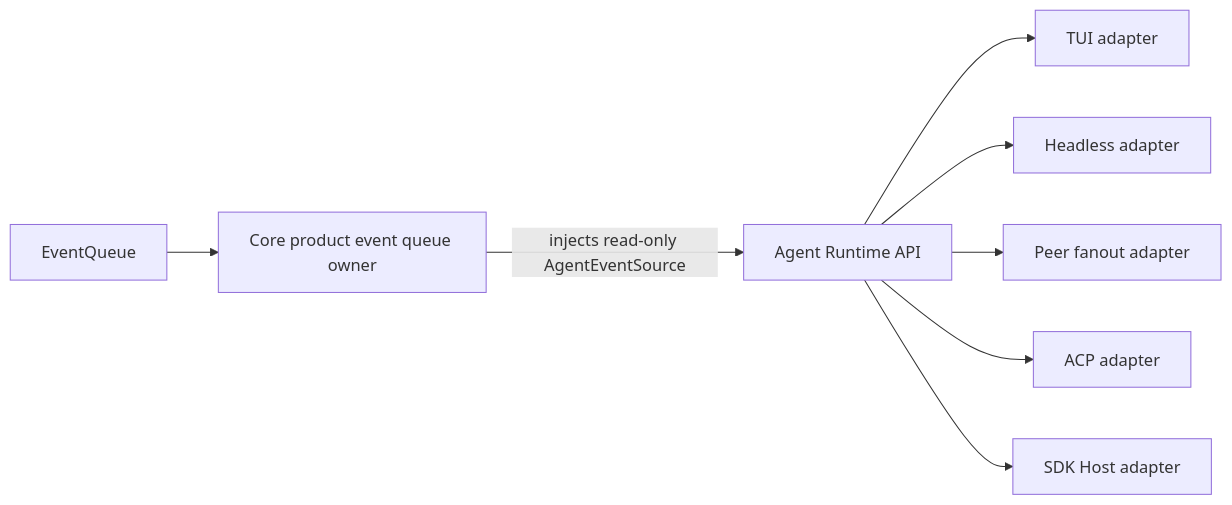
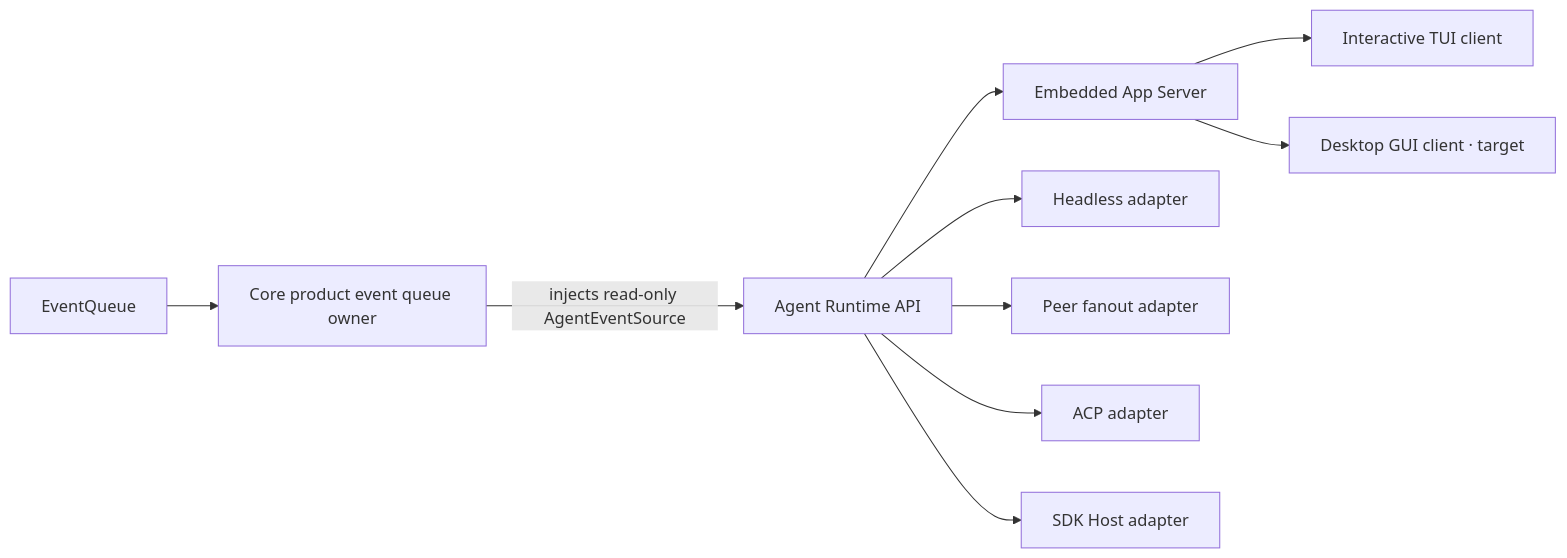
One commit to 1688mengdie/BitFun changed the fifth of 15 diagrams in docs/architecture/agent-runtime-deployment-design.md. Above: the diagram before and after it, drawn with Mermaid. The commit also changed other lines of this file and 87 other files, not shown here.

Commit message:
feat(cli): add app server to cli

````diff
--- a/docs/architecture/agent-runtime-deployment-design.md
+++ b/docs/architecture/agent-runtime-deployment-design.md
@@ -83,10 +125,12 @@
 ```mermaid
 flowchart LR
   Queue["EventQueue"] --> Owner["Core product event queue owner"]
   Owner -->|"injects read-only AgentEventSource"| Runtime["Agent Runtime API"]
-  Runtime --> TUI["TUI adapter"]
+  Runtime --> AppServer["Embedded App Server"]
+  AppServer --> TUI["Interactive TUI client"]
+  AppServer --> GUI["Desktop GUI client · target"]
   Runtime --> Exec["Headless adapter"]
   Runtime --> Peer["Peer fanout adapter"]
   Runtime --> ACP["ACP adapter"]
   Runtime --> SDK["SDK Host adapter"]
 ```
````
